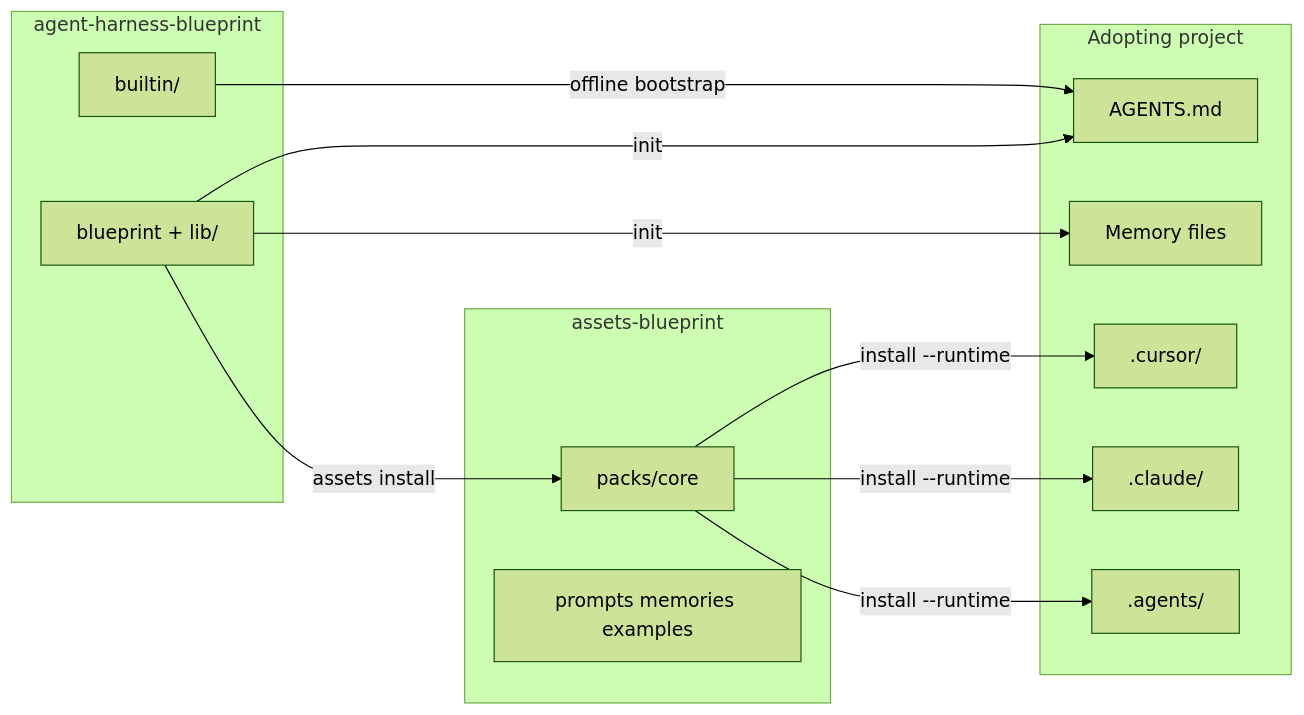
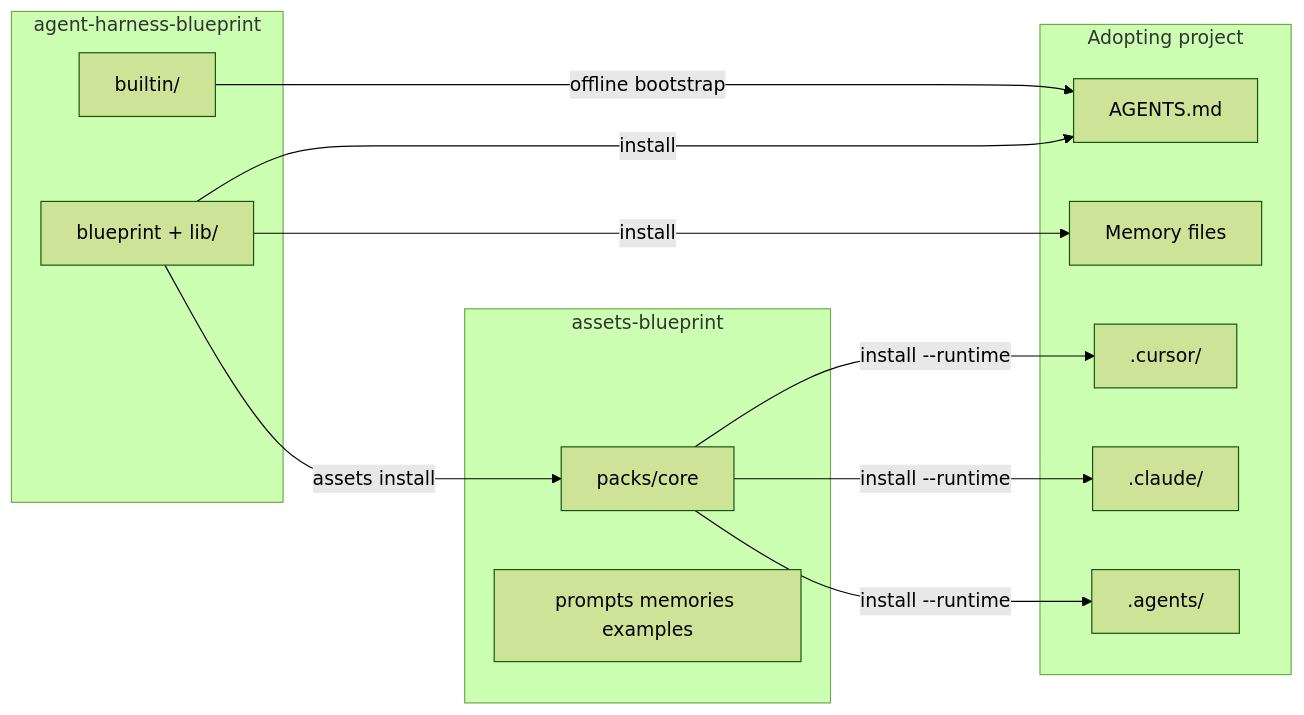
Before and after one commit to krerapus/agent-harness-blueprint: the first of 2 diagrams in docs/architecture.md, drawn with Mermaid (forest theme). The commit also changed 33 other files, not shown here.

````diff
--- a/docs/architecture.md
+++ b/docs/architecture.md
@@ -9,28 +9,28 @@
 ```mermaid
 flowchart LR
   subgraph cli [agent-harness-blueprint]
     runtime[blueprint + lib/]
     builtin[builtin/]
   end
 
   subgraph assets [assets-blueprint]
     core[packs/core]
     other[prompts memories examples]
   end
 
   subgraph consumer [Adopting project]
     agents[AGENTS.md]
     memory[Memory files]
     cursor[".cursor/"]
     claude[".claude/"]
     agentsRt[".agents/"]
   end
 
   runtime -->|"assets install"| core
-  runtime -->|"init"| agents
-  runtime -->|"init"| memory
+  runtime -->|"install"| agents
+  runtime -->|"install"| memory
   builtin -->|"offline bootstrap"| agents
   core -->|"install --runtime"| cursor
   core -->|"install --runtime"| claude
   core -->|"install --runtime"| agentsRt
 ```
````
